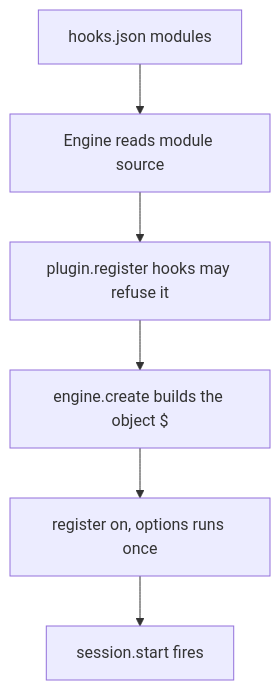
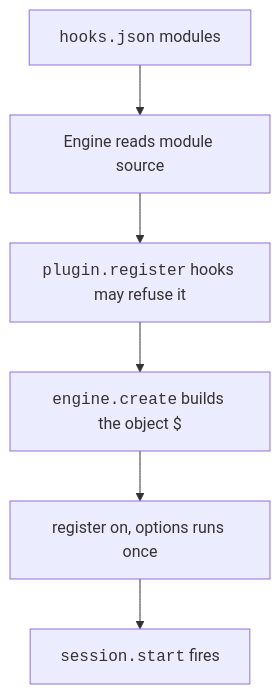
Before and after one commit to xsyetopz/claude-code-docs: the diagram in docs/extend/mod-api/index.md, drawn with Mermaid. The commit also changed other lines of this file and 164 other files, not shown here.

First line of the commit message:
docs: linked citations, yes/no markers, file trees, code in diagrams

````diff
--- a/docs/extend/mod-api/index.md
+++ b/docs/extend/mod-api/index.md
@@ -63,8 +66,8 @@
 ```mermaid
 flowchart TD
-  A[hooks.json modules] --> B[Engine reads module source]
-  B --> C[plugin.register hooks may refuse it]
-  C --> D[engine.create builds the object $]
+  A["<code>hooks.json</code> modules"] --> B[Engine reads module source]
+  B --> C["<code>plugin.register</code> hooks may refuse it"]
+  C --> D["<code>engine.create</code> builds the object $"]
   D --> E[register on, options runs once]
-  E --> F[session.start fires]
+  E --> F["<code>session.start</code> fires"]
 ```
````
